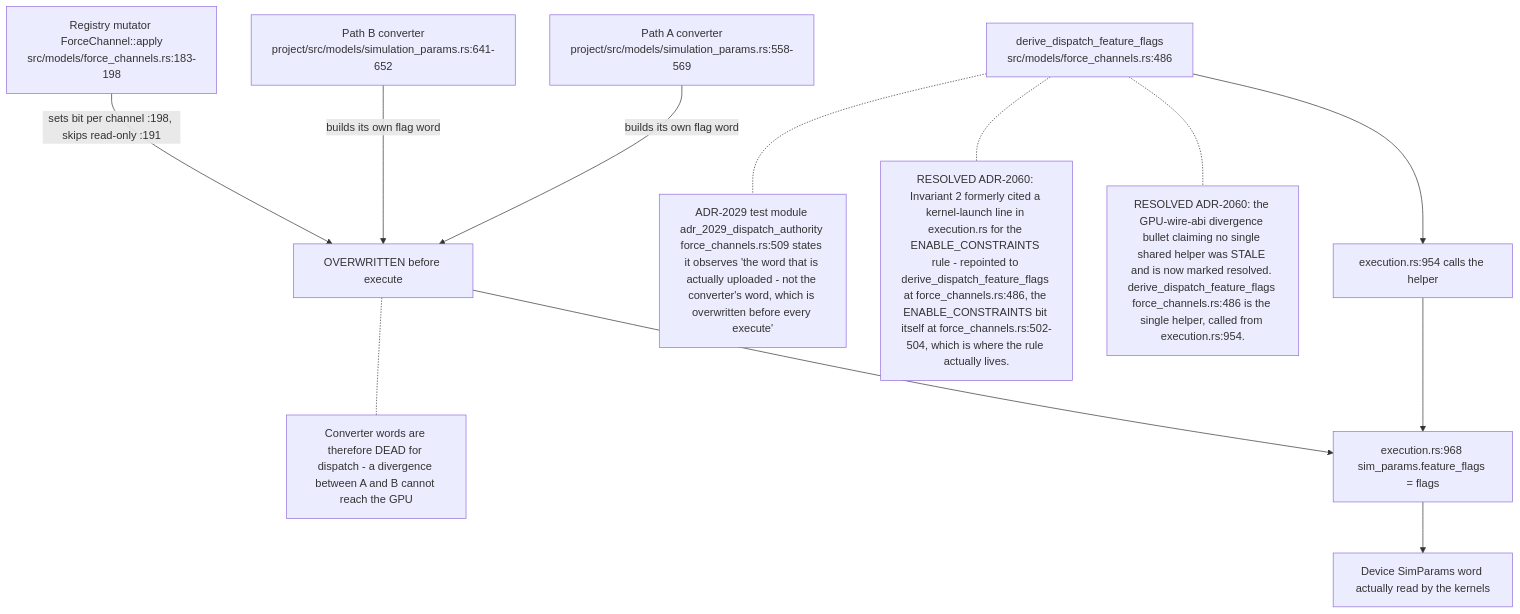
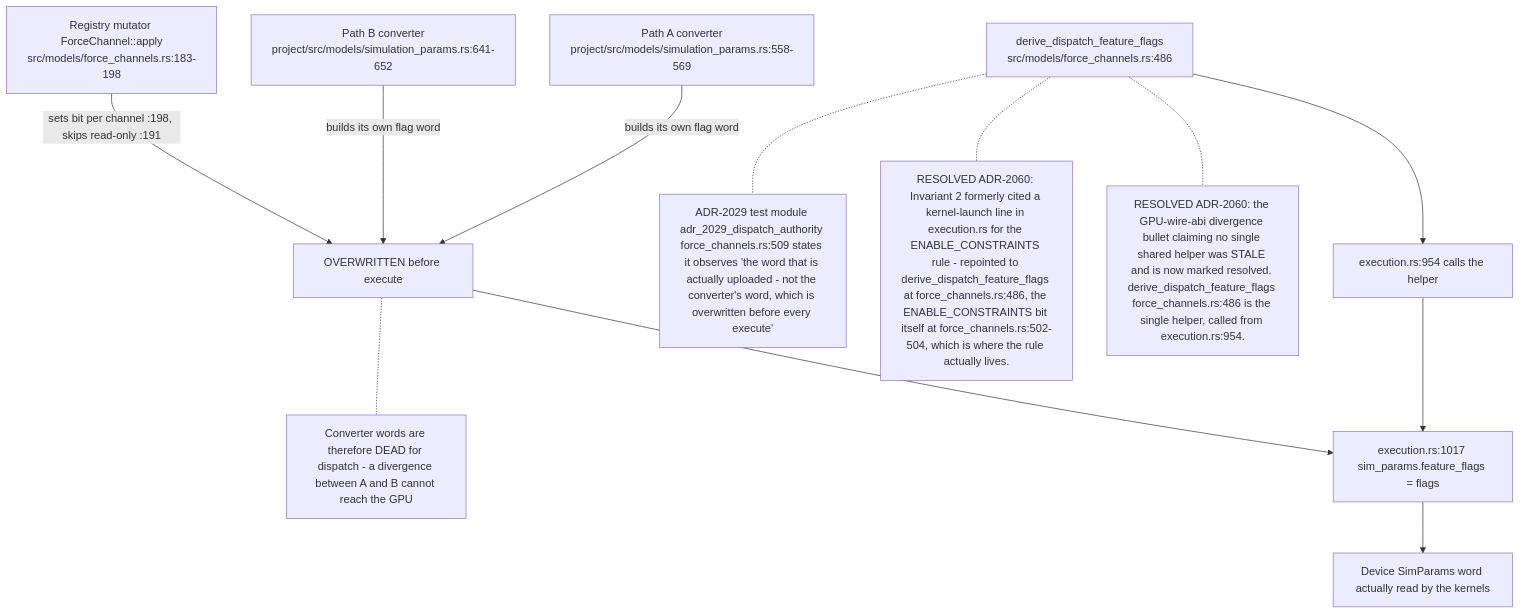
The third of 10 diagrams in docs/diagrams/visionclaw/11-physics-step-and-force-channels.md (DreamLab-AI/VisionFlow), drawn with Mermaid before and after one commit. The commit also changed other lines of this file and 51 other files, not shown here.

First line of the commit message:
docs(diagrams): agentbox AB-01..13 re-attested anchor by anchor (980 anchors, 22 defects); checkpoint against an out-of-mesh writer

````diff
--- a/docs/diagrams/visionclaw/11-physics-step-and-force-channels.md
+++ b/docs/diagrams/visionclaw/11-physics-step-and-force-channels.md
@@ -99,25 +101,25 @@
 ```mermaid
 flowchart TD
     A["Path A converter<br/>project/src/models/simulation_params.rs:558-569"]
     B["Path B converter<br/>project/src/models/simulation_params.rs:641-652"]
     C["Registry mutator ForceChannel::apply<br/>src/models/force_channels.rs:183-198"]
     D["derive_dispatch_feature_flags<br/>src/models/force_channels.rs:486"]
     E["execution.rs:954 calls the helper"]
-    F["execution.rs:968 sim_params.feature_flags = flags"]
+    F["execution.rs:1017 sim_params.feature_flags = flags"]
     G["Device SimParams word actually read by the kernels"]
 
     A -->|"builds its own flag word"| X["OVERWRITTEN before execute"]
     B -->|"builds its own flag word"| X
     C -->|"sets bit per channel :198, skips read-only :191"| X
     X --> F
     D --> E --> F --> G
 
     N1["RESOLVED ADR-2060: the GPU-wire-abi divergence bullet claiming no single shared helper was STALE and is now marked resolved. derive_dispatch_feature_flags force_channels.rs:486 is the single helper, called from execution.rs:954."]
     N2["RESOLVED ADR-2060: Invariant 2 formerly cited a kernel-launch line in execution.rs for the ENABLE_CONSTRAINTS rule - repointed to derive_dispatch_feature_flags at force_channels.rs:486, the ENABLE_CONSTRAINTS bit itself at force_channels.rs:502-504, which is where the rule actually lives."]
     N3["ADR-2029 test module adr_2029_dispatch_authority force_channels.rs:509 states it observes 'the word that is actually uploaded - not the converter's word, which is overwritten before every execute'"]
     N4["Converter words are therefore DEAD for dispatch - a divergence between A and B cannot reach the GPU"]
     D -.- N1
     D -.- N2
     D -.- N3
     X -.- N4
 ```
````
